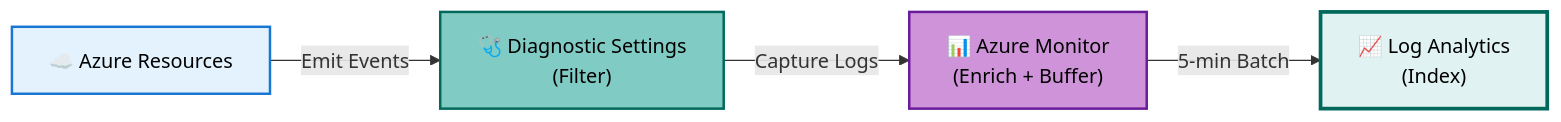
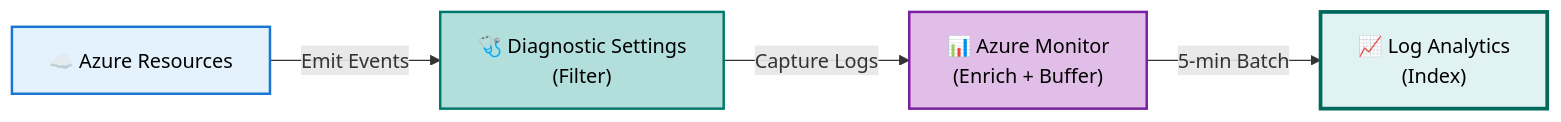
The fourth of 9 diagrams in docs/architecture/data-architecture.md (Evilazaro/DevExp-DevBox), drawn with Mermaid before and after one commit. The commit also changed other lines of this file, not shown here.

Commit message:
refactor: update color scheme documentation for data domains and flow stages

````diff
--- a/docs/architecture/data-architecture.md
+++ b/docs/architecture/data-architecture.md
@@ -1211,31 +1211,31 @@
 ```mermaid
 flowchart LR
     accTitle: Diagnostic Settings Data Flow
     accDescr: Real-time streaming flow from Azure resources through diagnostic settings and Azure Monitor to Log Analytics workspace. Shows 5-minute buffering and automatic metadata enrichment by Azure Monitor before batch ingestion.
 
     %% ============================================
     %% STANDARD COLOR SCHEME v2.8.0 - Material Design Compliant
     %% ============================================
     %% SEMANTIC COLORS (data flow stages):
-    %%   Teal=#80CBC4 (Diagnostic Settings/Log Analytics)
+    %%   Teal=#B2DFDB (Diagnostic Settings/Log Analytics)
     %%   Blue=#BBDEFB (Azure Resources)
-    %%   Purple=#CE93D8 (Azure Monitor - Processing)
-    %% Material Design palette with WCAG AA compliance
+    %%   Purple=#E1BEE7 (Azure Monitor - Processing)
+    %% Material Design 100-level palette with WCAG AA compliance
     %% ============================================
 
-    classDef mdTeal fill:#80CBC4,stroke:#00695C,stroke-width:2px,color:#000
+    classDef mdTeal fill:#B2DFDB,stroke:#00796B,stroke-width:2px,color:#000
     classDef mdBlue fill:#BBDEFB,stroke:#1976D2,stroke-width:2px,color:#000
-    classDef mdPurple fill:#CE93D8,stroke:#6A1B9A,stroke-width:2px,color:#000
+    classDef mdPurple fill:#E1BEE7,stroke:#7B1FA2,stroke-width:2px,color:#000
 
     Resources["☁️ Azure Resources"]:::mdBlue
     DiagSettings["🩺 Diagnostic Settings<br/>(Filter)"]:::mdTeal
     AzMonitor["📊 Azure Monitor<br/>(Enrich + Buffer)"]:::mdPurple
     LA["📈 Log Analytics<br/>(Index)"]:::mdTeal
 
     Resources -->|Emit Events| DiagSettings
     DiagSettings -->|Capture Logs| AzMonitor
     AzMonitor -->|5-min Batch| LA
 
     style Resources fill:#E3F2FD,stroke:#1976D2,stroke-width:2px
     style LA fill:#E0F2F1,stroke:#00695C,stroke-width:3px
 ```
````
